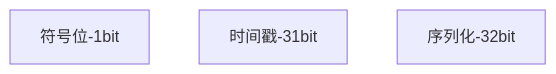
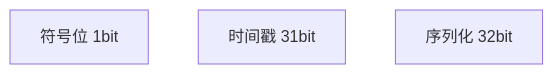
The sixth of 13 diagrams in 中间件/Redis-应用.md (csliujw/CodeNotes), drawn with Mermaid before and after one commit. The commit also changed other lines of this file and 1 other file, not shown here.

````diff
--- a/中间件/Redis-应用.md
+++ b/中间件/Redis-应用.md
@@ -1155,6 +1261,6 @@
 ```mermaid
 graph
-符号位-1bit
-时间戳-31bit
-序列化-32bit
+符号位&nbsp1bit
+时间戳&nbsp31bit
+序列化&nbsp32bit
 ```
````
